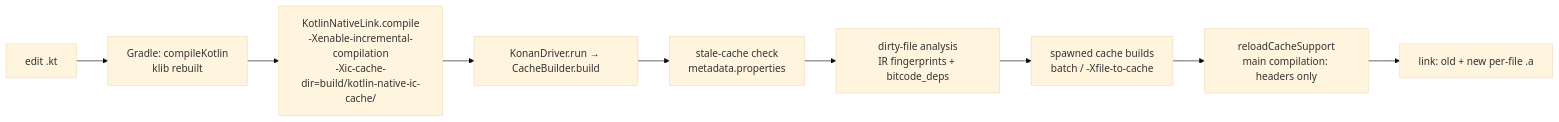
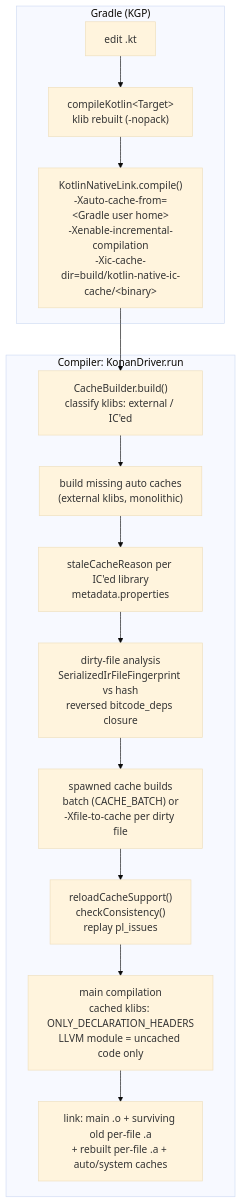
The first of 3 diagrams in docs/native/incremental-compilation.md (JetBrains/kotlin), drawn with Mermaid (base theme) before and after one commit. The commit also changed other lines of this file and 57 other files, not shown here.

First line of the commit message:
[K/N] Add deep dives and diagrams to the Native knowledge base

````diff
--- a/docs/native/incremental-compilation.md
+++ b/docs/native/incremental-compilation.md
@@ -29,11 +32,17 @@
 ```mermaid
-flowchart LR
-    A[edit .kt] --> B[Gradle: compileKotlin<Target><br/>klib rebuilt]
-    B --> C[KotlinNativeLink.compile<br/>-Xenable-incremental-compilation<br/>-Xic-cache-dir=build/kotlin-native-ic-cache/<binary>]
-    C --> D[KonanDriver.run → CacheBuilder.build]
-    D --> E[stale-cache check<br/>metadata.properties]
-    E --> F[dirty-file analysis<br/>IR fingerprints + bitcode_deps]
-    F --> G[spawned cache builds<br/>batch / -Xfile-to-cache]
-    G --> H[reloadCacheSupport<br/>main compilation: headers only]
-    H --> I[link: old + new per-file .a]
+flowchart TD
+    subgraph gradle ["Gradle (KGP)"]
+        A["edit .kt"] --> B["compileKotlin#lt;Target#gt;<br/>klib rebuilt (-nopack)"]
+        B --> C["KotlinNativeLink.compile()<br/>-Xauto-cache-from=#lt;Gradle user home#gt;<br/>-Xenable-incremental-compilation<br/>-Xic-cache-dir=build/kotlin-native-ic-cache/#lt;binary#gt;"]
+    end
+    subgraph compiler ["Compiler: KonanDriver.run"]
+        C --> D["CacheBuilder.build()<br/>classify klibs: external / IC'ed"]
+        D --> E["build missing auto caches<br/>(external klibs, monolithic)"]
+        E --> F["staleCacheReason per IC'ed library<br/>metadata.properties"]
+        F --> G["dirty-file analysis<br/>SerializedIrFileFingerprint vs hash<br/>reversed bitcode_deps closure"]
+        G --> H["spawned cache builds<br/>batch (CACHE_BATCH) or<br/>-Xfile-to-cache per dirty file"]
+        H --> I["reloadCacheSupport()<br/>checkConsistency()<br/>replay pl_issues"]
+        I --> J["main compilation<br/>cached klibs: ONLY_DECLARATION_HEADERS<br/>LLVM module = uncached code only"]
+        J --> K["link: main .o + surviving old per-file .a<br/>+ rebuilt per-file .a + auto/system caches"]
+    end
 ```
````
